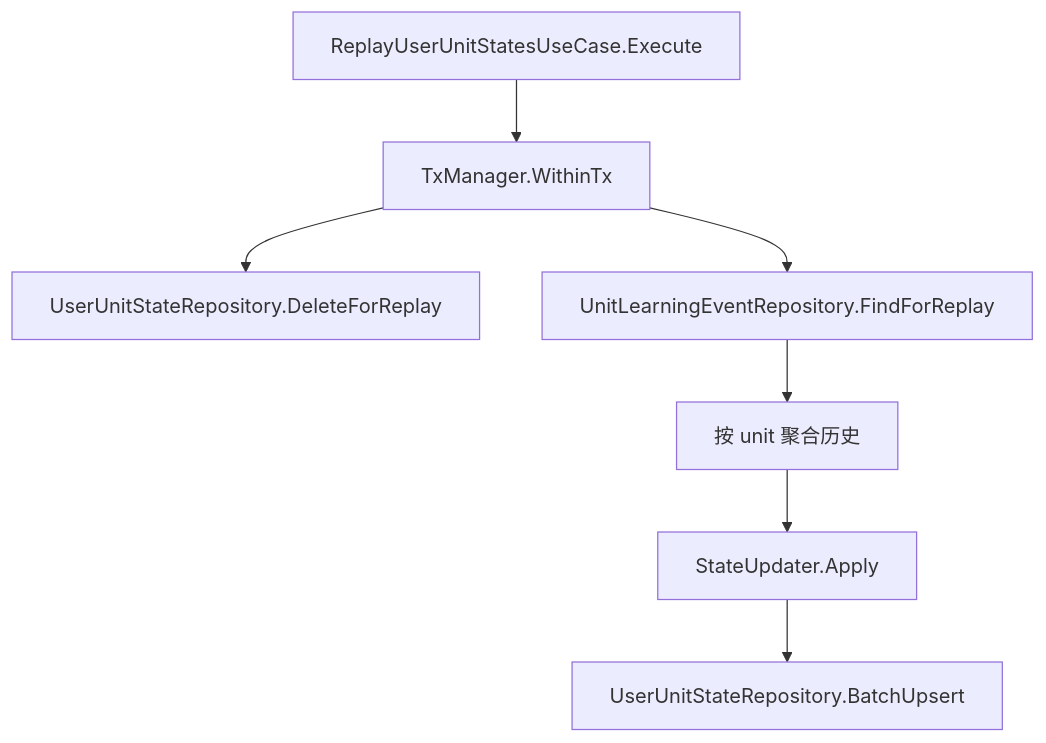
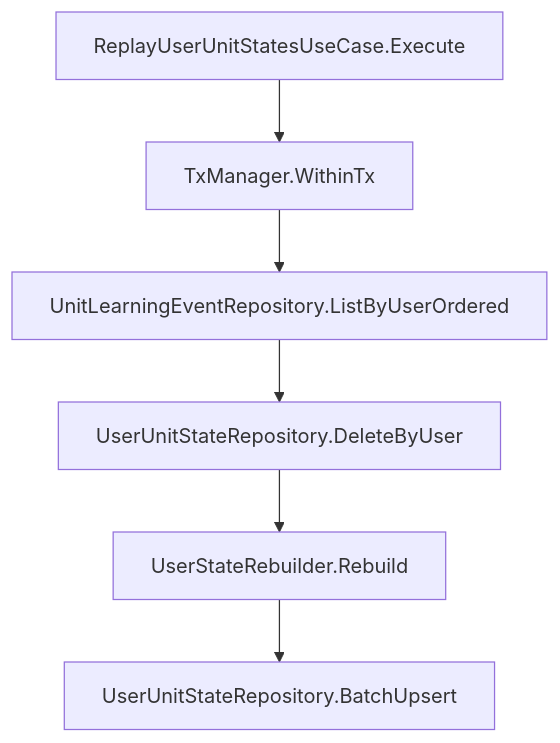
One commit to bionicotaku/learning-video-recommendation-system changed the third of 3 diagrams in internal/recommendation/scheduler/README.md. Above: the diagram before and after it, drawn with Mermaid. The commit also changed other lines of this file and 32 other files, not shown here.

````diff
--- a/internal/recommendation/scheduler/README.md
+++ b/internal/recommendation/scheduler/README.md
@@ -427,9 +433,8 @@
 ```mermaid
 flowchart TD
     A["ReplayUserUnitStatesUseCase.Execute"] --> B["TxManager.WithinTx"]
-    B --> C["UserUnitStateRepository.DeleteForReplay"]
-    B --> D["UnitLearningEventRepository.FindForReplay"]
-    D --> E["按 unit 聚合历史"]
-    E --> F["StateUpdater.Apply"]
-    F --> G["UserUnitStateRepository.BatchUpsert"]
+    B --> C["UnitLearningEventRepository.ListByUserOrdered"]
+    C --> D["UserUnitStateRepository.DeleteByUser"]
+    D --> E["UserStateRebuilder.Rebuild"]
+    E --> F["UserUnitStateRepository.BatchUpsert"]
 ```
````
